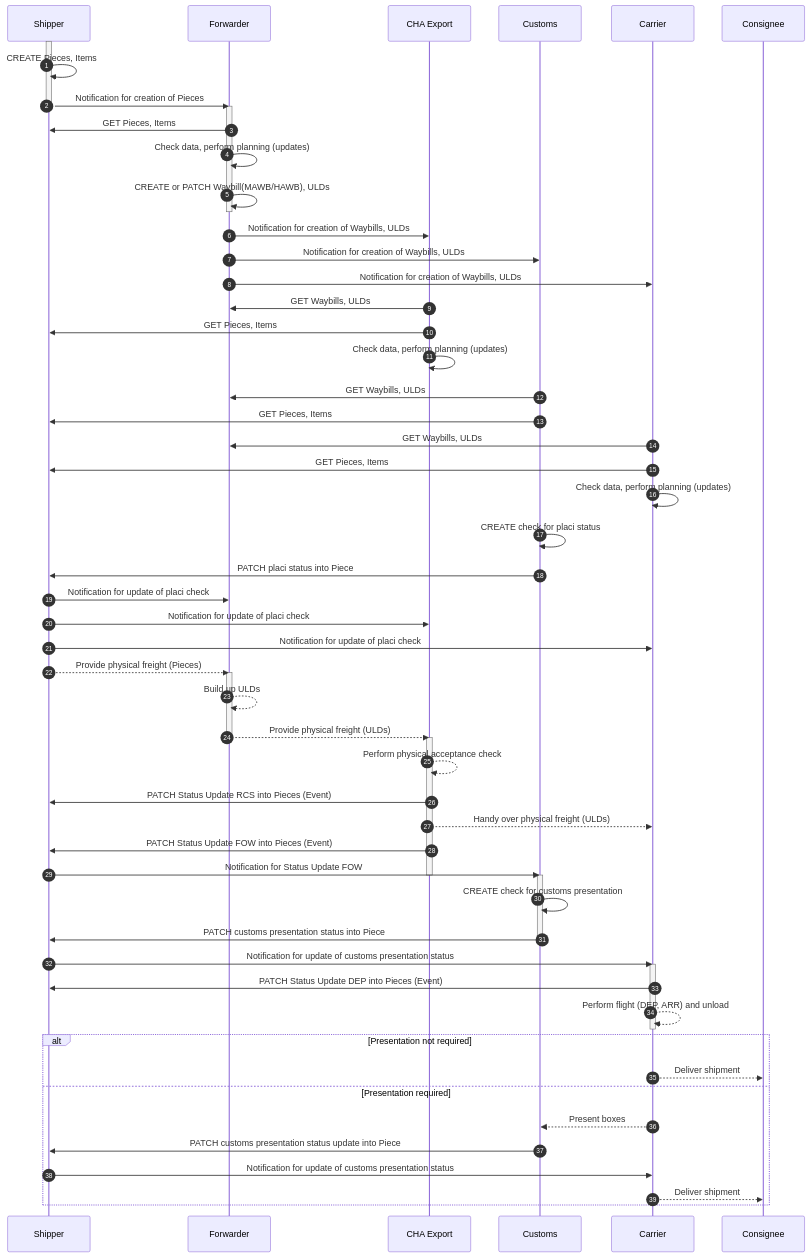
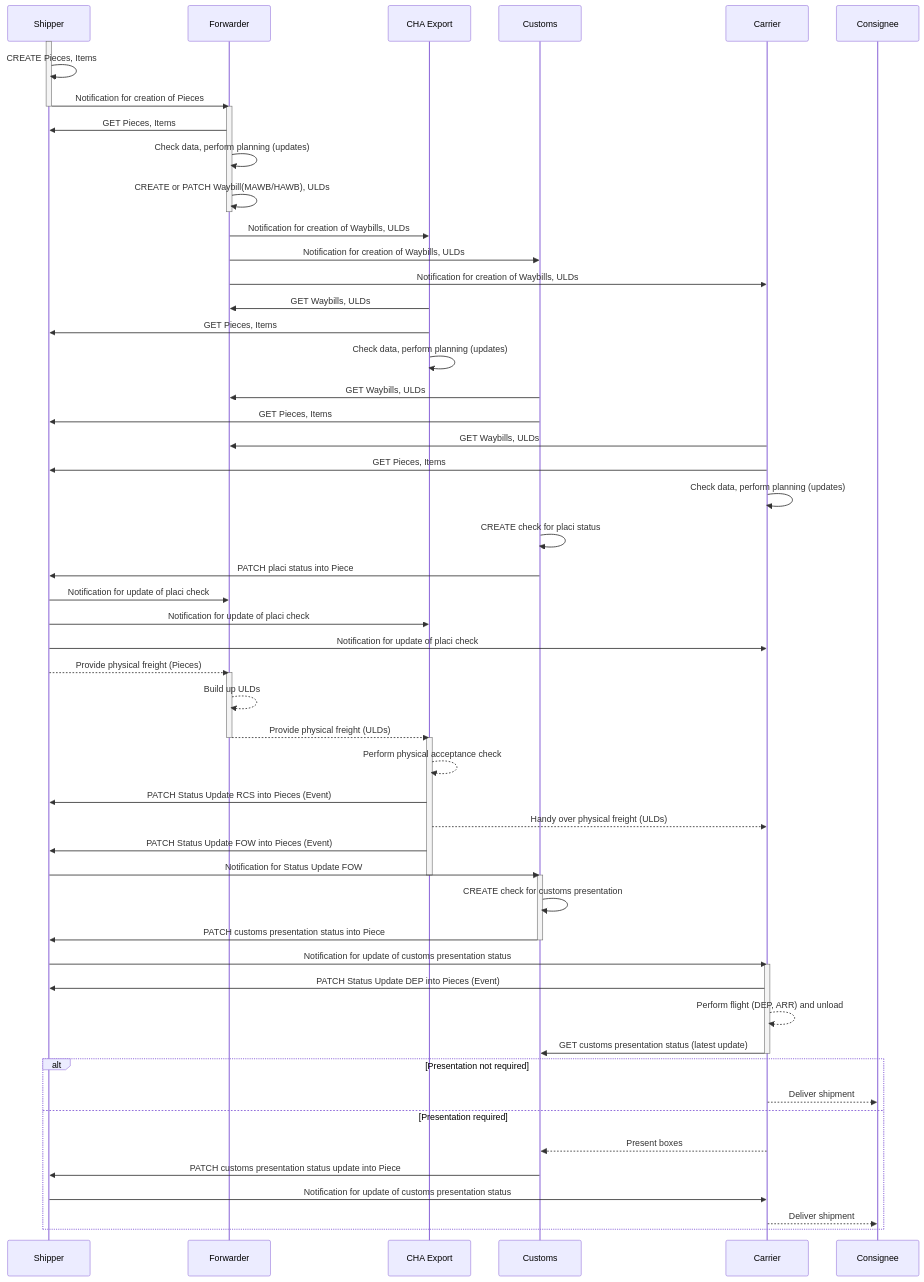
Before and after one commit to digital-cargo/good-practice-eCommerce: the diagram in README.md, drawn with Mermaid. The commit also changed other lines of this file, not shown here.

````diff
--- a/README.md
+++ b/README.md
@@ -183,73 +183,74 @@
 ```mermaid
 sequenceDiagram
 
-    autonumber
+    %% autonumber
 
     %% Jede Lifeline repraesentiert den Stakeholder inkl. seines ONE Record Endpoints
     participant Shipper 
     participant Forwarder
     participant CHA Export
     participant Customs
     participant Carrier
     participant Consignee
 
     activate Shipper
     Shipper->>Shipper: CREATE Pieces, Items
     Shipper->>Forwarder: Notification for creation of Pieces
     deactivate Shipper
     activate Forwarder
     Forwarder->>Shipper: GET Pieces, Items
     Forwarder->>Forwarder: Check data, perform planning (updates)
     Forwarder->>Forwarder: CREATE or PATCH Waybill(MAWB/HAWB), ULDs
     deactivate Forwarder
     Forwarder->>CHA Export: Notification for creation of Waybills, ULDs
     Forwarder->>Customs: Notification for creation of Waybills, ULDs
     Forwarder->>Carrier: Notification for creation of Waybills, ULDs
     CHA Export->>Forwarder: GET Waybills, ULDs
     CHA Export->>Shipper: GET Pieces, Items
     CHA Export->>CHA Export: Check data, perform planning (updates)
     Customs->>Forwarder: GET Waybills, ULDs
     Customs->>Shipper: GET Pieces, Items
     Carrier->>Forwarder: GET Waybills, ULDs
     Carrier->>Shipper: GET Pieces, Items
     Carrier->>Carrier: Check data, perform planning (updates)
     Customs->>Customs: CREATE check for placi status
     Customs->>Shipper: PATCH placi status into Piece
     Shipper->>Forwarder: Notification for update of placi check
     Shipper->>CHA Export: Notification for update of placi check
     Shipper->>Carrier: Notification for update of placi check
 
     Shipper-->>Forwarder: Provide physical freight (Pieces)
     activate Forwarder
     Forwarder-->>Forwarder: Build up ULDs
     Forwarder-->>CHA Export: Provide physical freight (ULDs)
     deactivate Forwarder
     activate CHA Export
     CHA Export-->>CHA Export: Perform physical acceptance check
     CHA Export->>Shipper: PATCH Status Update RCS into Pieces (Event)
     CHA Export-->>Carrier: Handy over physical freight (ULDs)
     CHA Export->>Shipper: PATCH Status Update FOW into Pieces (Event)
     Shipper->>Customs: Notification for Status Update FOW
     deactivate CHA Export
     activate Customs
     Customs->>Customs: CREATE check for customs presentation
     Customs->>Shipper: PATCH customs presentation status into Piece
     deactivate Customs
     Shipper->>Carrier: Notification for update of customs presentation status
     activate Carrier
     Carrier->>Shipper: PATCH Status Update DEP into Pieces (Event)
     Carrier-->>Carrier: Perform flight (DEP, ARR) and unload
+    Carrier->>Customs: GET customs presentation status (latest update)
     deactivate Carrier
 
     %% 6) Zollvorlage & Praesentation
     alt Presentation not required
         Carrier-->>Consignee: Deliver shipment
     else Presentation required
         Carrier-->>Customs: Present boxes 
         Customs->>Shipper: PATCH customs presentation status update into Piece
         Shipper->>Carrier: Notification for update of customs presentation status
         Carrier-->>Consignee: Deliver shipment
     end 
 
 
 ```
````
